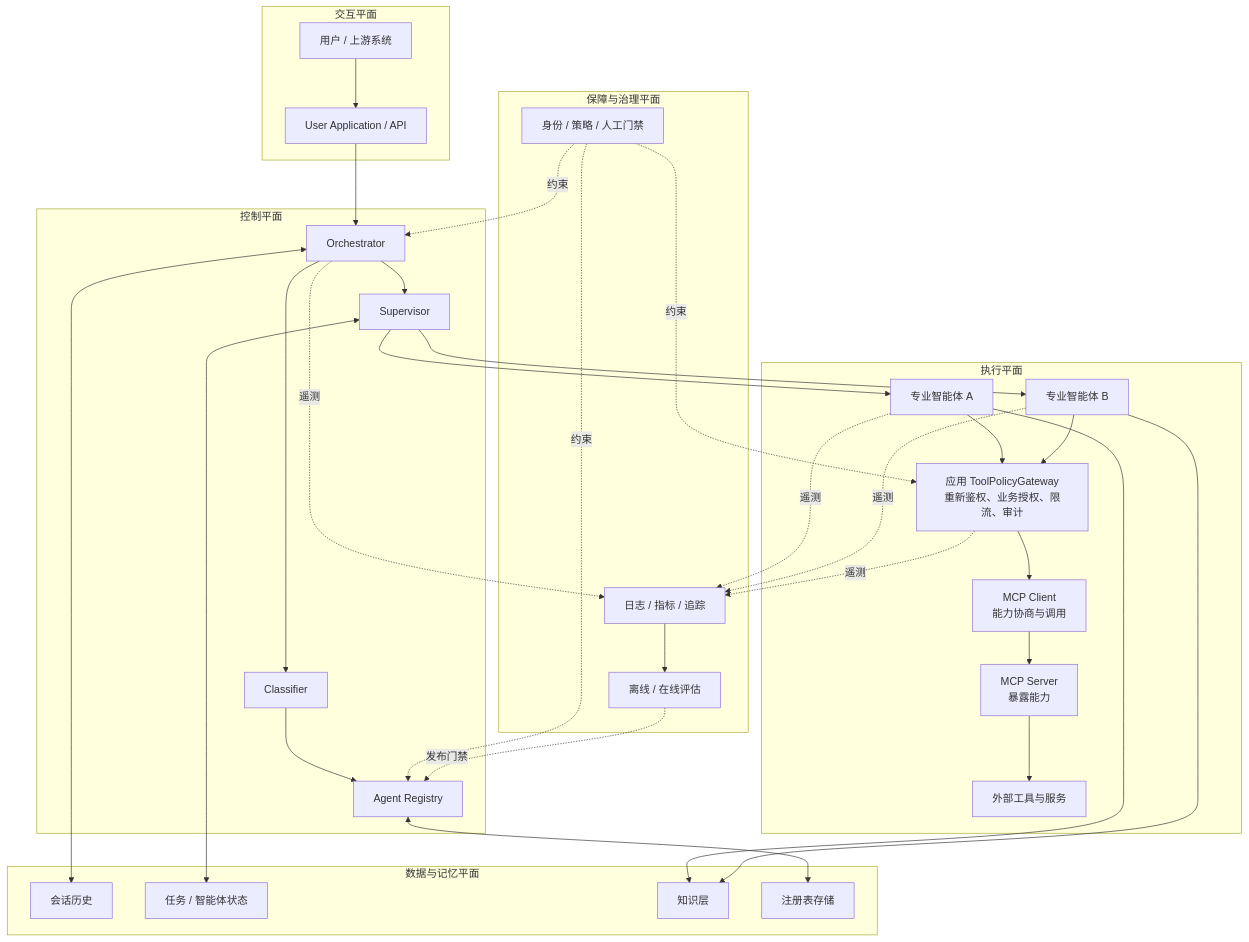
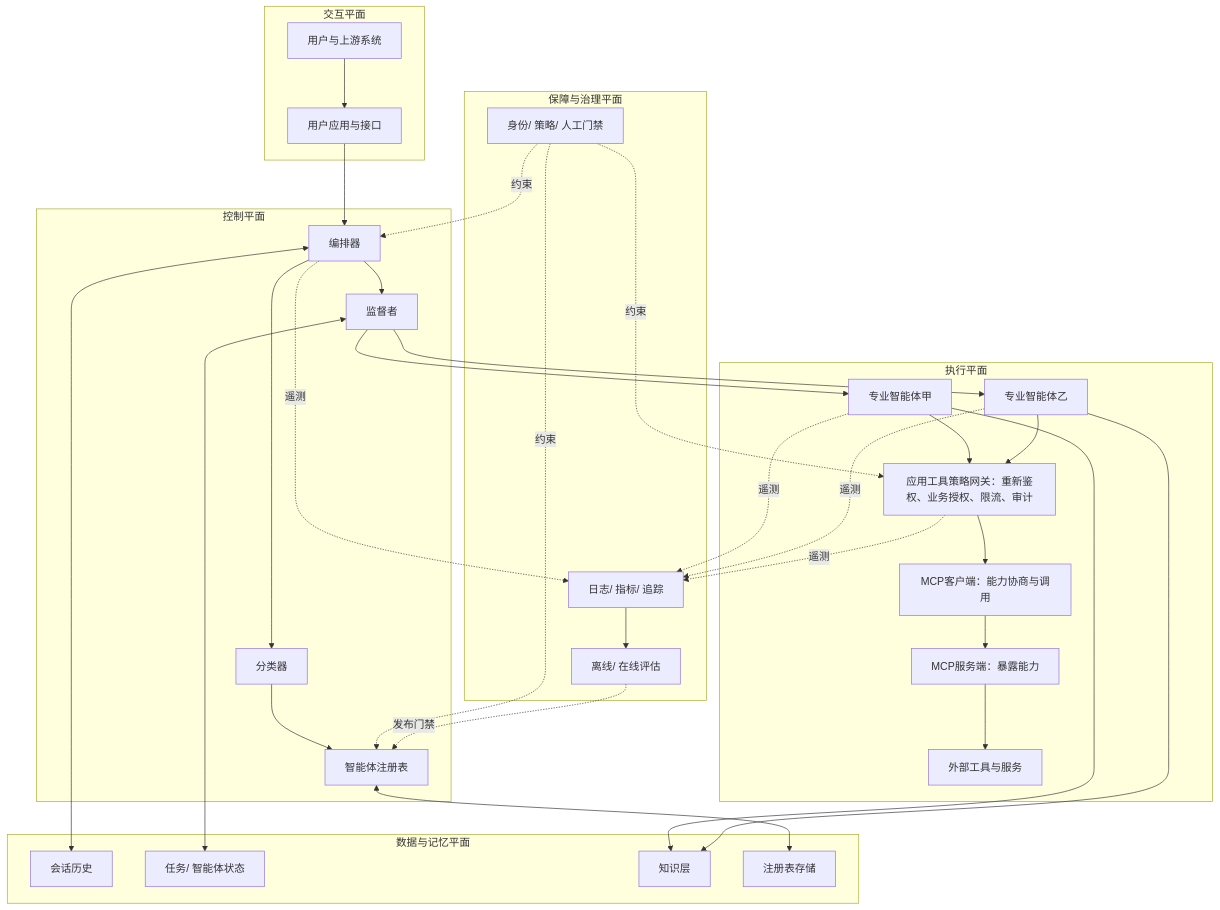
Before and after one commit to sealday/tego-arch: the first of 2 diagrams in content/cases/microsoft-multi-agent-reference-architecture.mdx, drawn with Mermaid. The commit also changed other lines of this file and 73 other files, not shown here.

````diff
--- a/content/cases/microsoft-multi-agent-reference-architecture.mdx
+++ b/content/cases/microsoft-multi-agent-reference-architecture.mdx
@@ -136,64 +136,64 @@
 ```mermaid
 flowchart TB
-  accTitle: Microsoft 多智能体参考架构的五平面组件图
+  accTitle: 企业协作参考架构的五平面组件图
   accDescr: 用户请求经过中央控制平面分派给专业智能体，数据与记忆平面保存状态，保障与治理平面横向约束注册、编排和工具调用。
 
   subgraph Interaction["交互平面"]
-    User["用户 / 上游系统"] --> App["User Application / API"]
+    User["用户与上游系统"] --> App["用户应用与接口"]
   end
 
   subgraph Control["控制平面"]
-    Orch["Orchestrator"]
-    Classifier["Classifier"]
-    Supervisor["Supervisor"]
-    Registry["Agent Registry"]
+    Orch["编排器"]
+    Classifier["分类器"]
+    Supervisor["监督者"]
+    Registry["智能体注册表"]
     Orch --> Classifier
     Classifier --> Registry
     Orch --> Supervisor
   end
 
   subgraph Execution["执行平面"]
-    A1["专业智能体 A"]
-    A2["专业智能体 B"]
-    Gateway["应用 ToolPolicyGateway\n重新鉴权、业务授权、限流、审计"]
-    MCPClient["MCP Client\n能力协商与调用"]
-    MCPServer["MCP Server\n暴露能力"]
+    A1["专业智能体甲"]
+    A2["专业智能体乙"]
+    Gateway["应用工具策略网关：重新鉴权、业务授权、限流、审计"]
+    MCPClient["MCP客户端：能力协商与调用"]
+    MCPServer["MCP服务端：暴露能力"]
     Tools["外部工具与服务"]
     Supervisor --> A1
     Supervisor --> A2
     A1 --> Gateway
     A2 --> Gateway
     Gateway --> MCPClient
     MCPClient --> MCPServer
     MCPServer --> Tools
   end
 
   subgraph Data["数据与记忆平面"]
     History["会话历史"]
-    State["任务 / 智能体状态"]
+    State["任务/ 智能体状态"]
     Knowledge["知识层"]
     RegistryStore["注册表存储"]
   end
 
   subgraph Assurance["保障与治理平面"]
-    Policy["身份 / 策略 / 人工门禁"]
-    Telemetry["日志 / 指标 / 追踪"]
-    Eval["离线 / 在线评估"]
+    Policy["身份/ 策略/ 人工门禁"]
+    Telemetry["日志/ 指标/ 追踪"]
+    Eval["离线/ 在线评估"]
   end
 
   App --> Orch
   Orch <--> History
   Supervisor <--> State
   A1 --> Knowledge
   A2 --> Knowledge
   Registry <--> RegistryStore
   Policy -.约束.-> Orch
   Policy -.约束.-> Registry
   Policy -.约束.-> Gateway
   Orch -.遥测.-> Telemetry
   A1 -.遥测.-> Telemetry
   A2 -.遥测.-> Telemetry
   Gateway -.遥测.-> Telemetry
   Telemetry --> Eval
   Eval -.发布门禁.-> Registry
 ```
````
